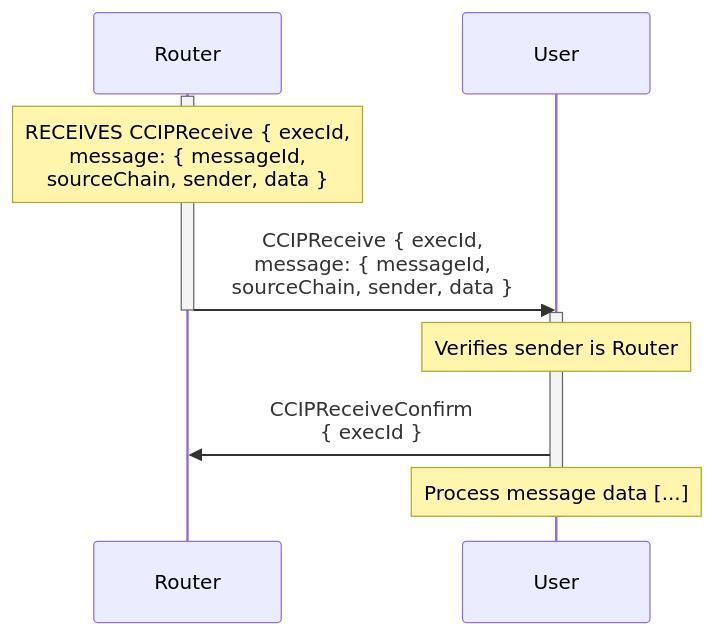
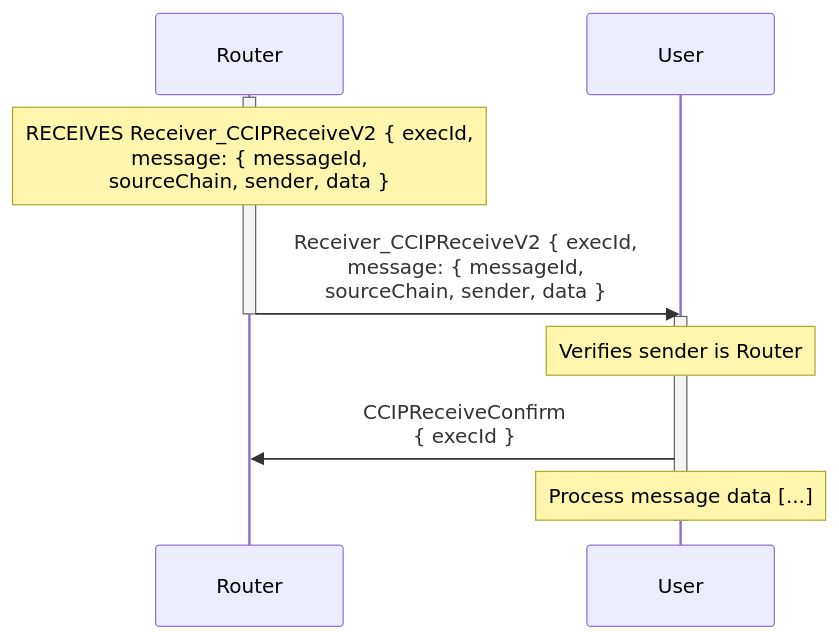
Before and after one commit to smartcontractkit/chainlink-ton: the first of 2 diagrams in docs/contracts/overview/ccip/router/user-interface/receiver.md, drawn with Mermaid. The commit also changed other lines of this file and 31 other files, not shown here.

First line of the commit message:
[NONEVM-5608] Fix Receiver_CCIPReceive potential overflow (#841)

````diff
--- a/docs/contracts/overview/ccip/router/user-interface/receiver.md
+++ b/docs/contracts/overview/ccip/router/user-interface/receiver.md
@@ -20,18 +20,18 @@
 ```mermaid
 sequenceDiagram
     participant R as Router
     participant U as User
 
     activate R
-    Note over R: RECEIVES CCIPReceive { execId,<br>message: { messageId,<br>sourceChain, sender, data }
-    R ->> U: CCIPReceive { execId,<br>message: { messageId,<br>sourceChain, sender, data }
+    Note over R: RECEIVES Receiver_CCIPReceiveV2 { execId,<br>message: { messageId,<br>sourceChain, sender, data }
+    R ->> U: Receiver_CCIPReceiveV2 { execId,<br>message: { messageId,<br>sourceChain, sender, data }
     deactivate R
 
 
 
     activate U
     Note over U: Verifies sender is Router
     U ->> R: CCIPReceiveConfirm<br>{ execId }
     Note over U: Process message data [...]
     deactivate U
 ```
````
